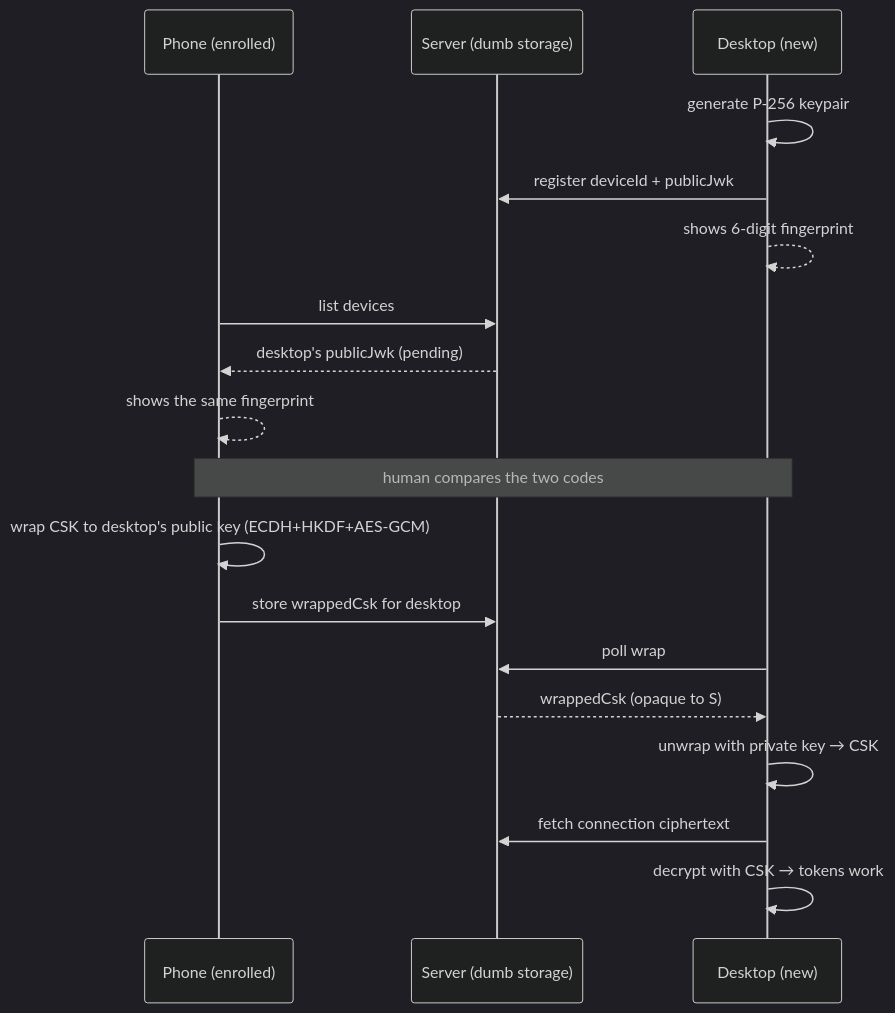
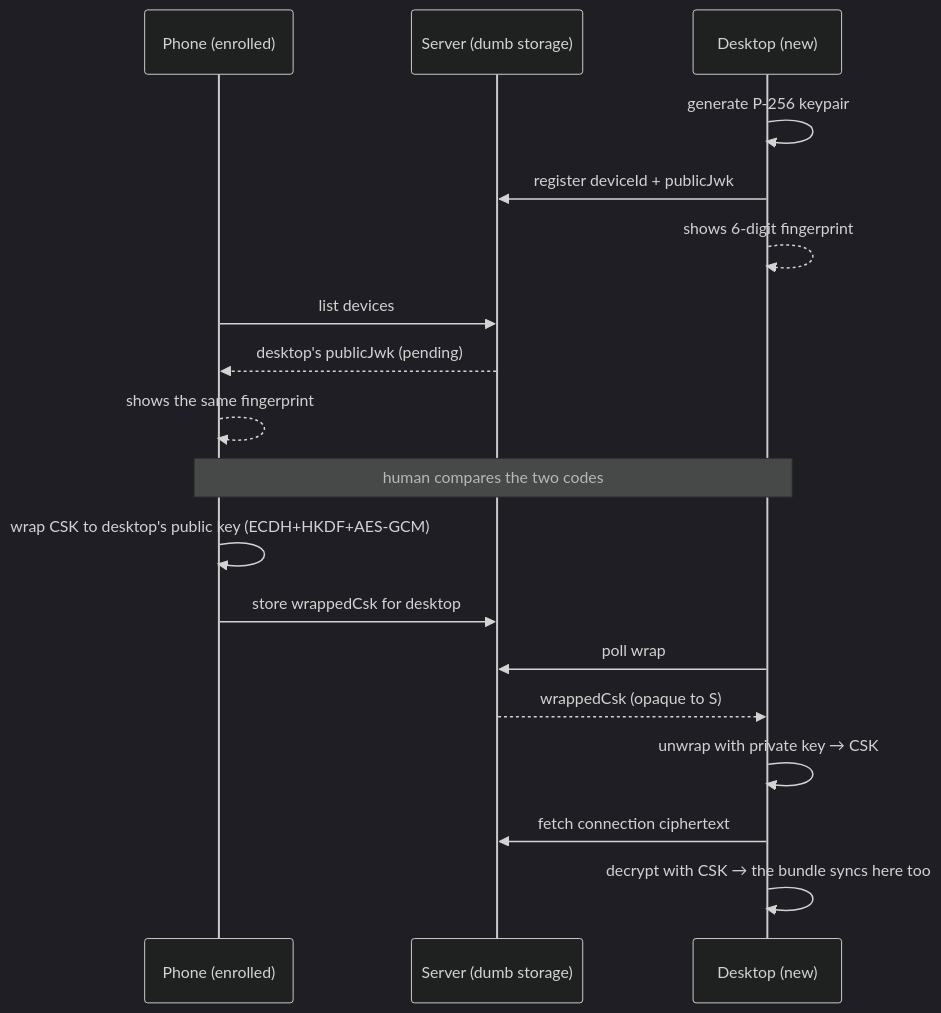
The sixth of 12 diagrams in docs/architecture.md (okkes/munnimok), drawn with Mermaid (dark theme) before and after one commit. The commit also changed other lines of this file and 4 other files, not shown here.

````diff
--- a/docs/architecture.md
+++ b/docs/architecture.md
@@ -253,20 +257,20 @@
 ```mermaid
 sequenceDiagram
     participant P as Phone (enrolled)
     participant S as Server (dumb storage)
     participant D as Desktop (new)
     D->>D: generate P-256 keypair
     D->>S: register deviceId + publicJwk
     D-->>D: shows 6-digit fingerprint
     P->>S: list devices
     S-->>P: desktop's publicJwk (pending)
     P-->>P: shows the same fingerprint
     Note over P,D: human compares the two codes
     P->>P: wrap CSK to desktop's public key (ECDH+HKDF+AES-GCM)
     P->>S: store wrappedCsk for desktop
     D->>S: poll wrap
     S-->>D: wrappedCsk (opaque to S)
     D->>D: unwrap with private key → CSK
     D->>S: fetch connection ciphertext
-    D->>D: decrypt with CSK → tokens work
+    D->>D: decrypt with CSK → the bundle syncs here too
 ```
````
